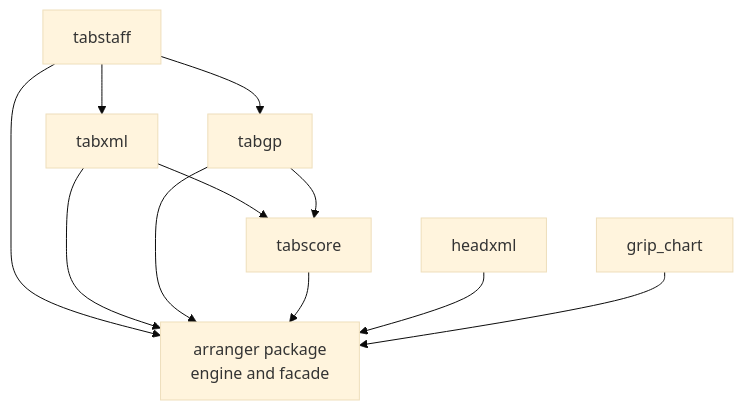
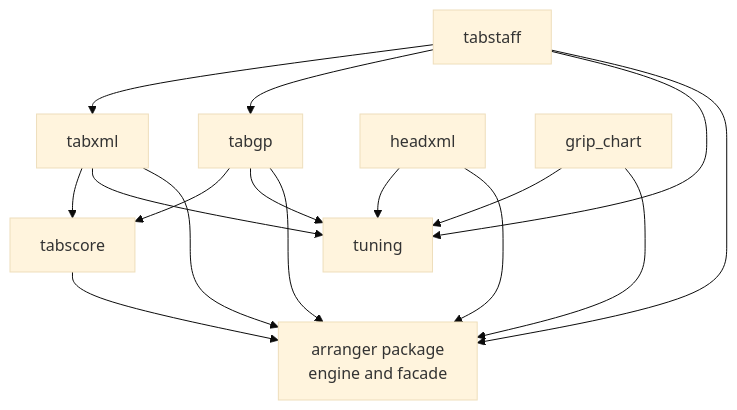
Before and after one commit to jcundill/arranger: the second of 2 diagrams in docs/dependency-dag.md, drawn with Mermaid (base theme). The commit also changed other lines of this file and 14 other files, not shown here.

First line of the commit message:
Phase 5: break arranger <-> tabstaff cycle by moving tuning top-level

````diff
--- a/docs/dependency-dag.md
+++ b/docs/dependency-dag.md
@@ -188,21 +193,27 @@
 ```mermaid
 flowchart TB
     tabstaff["tabstaff"]
     tabxml["tabxml"]
     tabgp["tabgp"]
     headxml["headxml"]
     grip_chart["grip_chart"]
     tabscore["tabscore"]
+    tuning["tuning"]
     engine["arranger package<br/>engine and facade"]
 
     tabstaff --> tabxml
     tabstaff --> tabgp
     tabxml --> tabscore
     tabgp --> tabscore
+    tabstaff --> tuning
+    tabxml --> tuning
+    tabgp --> tuning
+    headxml --> tuning
+    grip_chart --> tuning
     tabstaff --> engine
     tabxml --> engine
     tabgp --> engine
     tabscore --> engine
     headxml --> engine
     grip_chart --> engine
 ```
````
